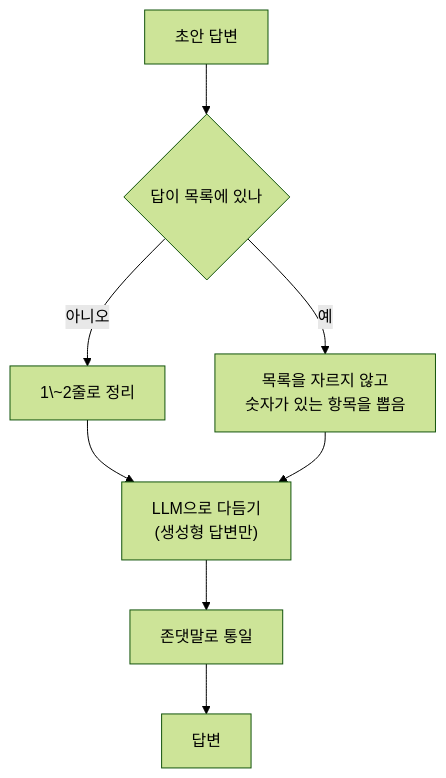
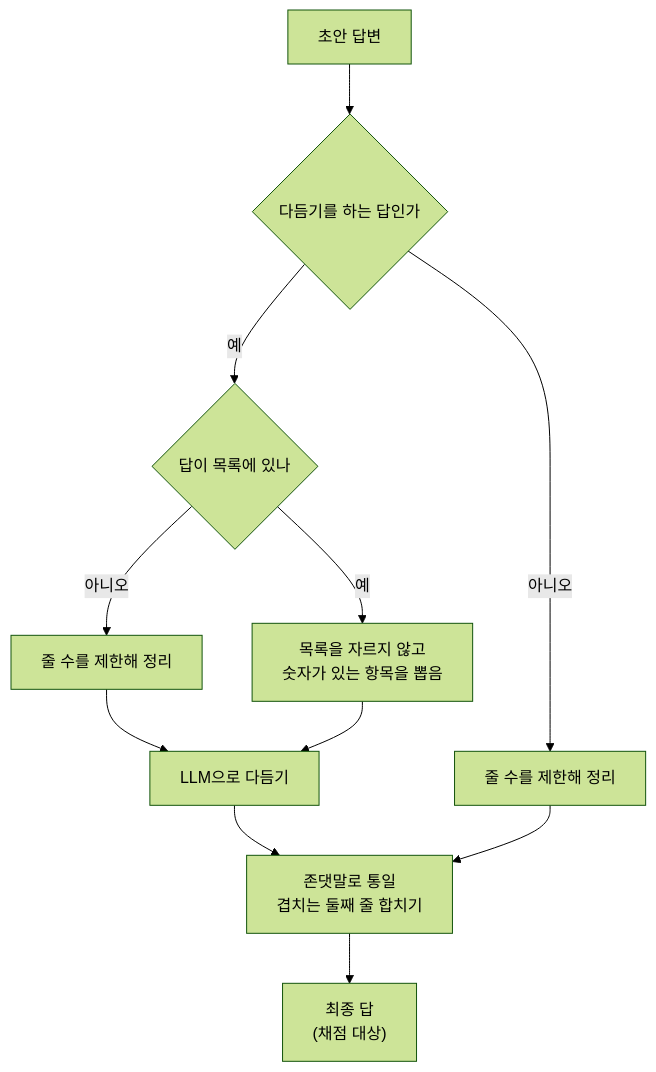
Before and after one commit to adover134/hierarchical-md-rag: the fourth of 4 diagrams in docs/05_질의처리.md, drawn with Mermaid (forest theme). The commit also changed other lines of this file and 4 other files, not shown here.

````diff
--- a/docs/05_질의처리.md
+++ b/docs/05_질의처리.md
@@ -88,10 +88,13 @@
 ```mermaid
 flowchart TD
-    A["초안 답변"] --> B{"답이 목록에 있나"}
-    B -->|"아니오"| S["1\~2줄로 정리"]
+    A["초안 답변"] --> P{"다듬기를 하는 답인가"}
+    P -->|"아니오"| S["줄 수를 제한해 정리"]
+    P -->|"예"| B{"답이 목록에 있나"}
+    B -->|"아니오"| T["줄 수를 제한해 정리"]
     B -->|"예"| L["목록을 자르지 않고<br/>숫자가 있는 항목을 뽑음"]
-    S --> C["LLM으로 다듬기<br/>(생성형 답변만)"]
+    T --> C["LLM으로 다듬기"]
     L --> C
-    C --> E["존댓말로 통일"]
-    E --> F["답변"]
+    C --> E["존댓말로 통일<br/>겹치는 둘째 줄 합치기"]
+    S --> E
+    E --> F["최종 답<br/>(채점 대상)"]
 ```
````
